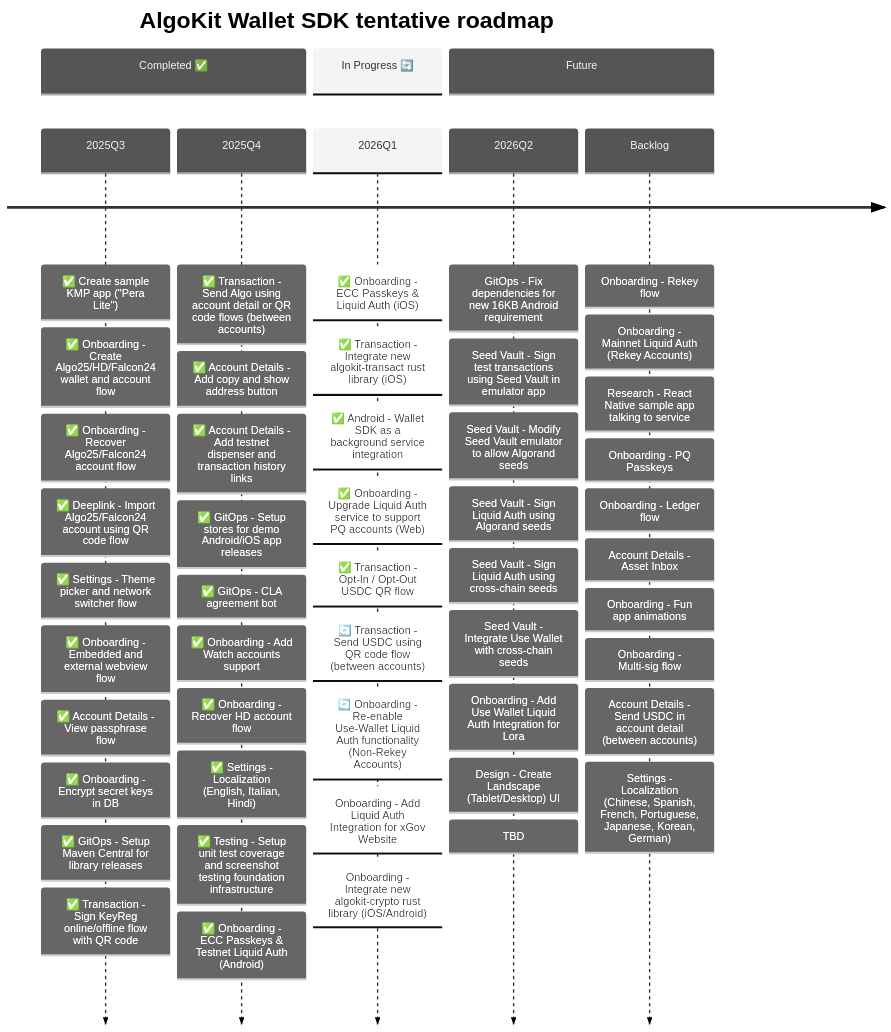
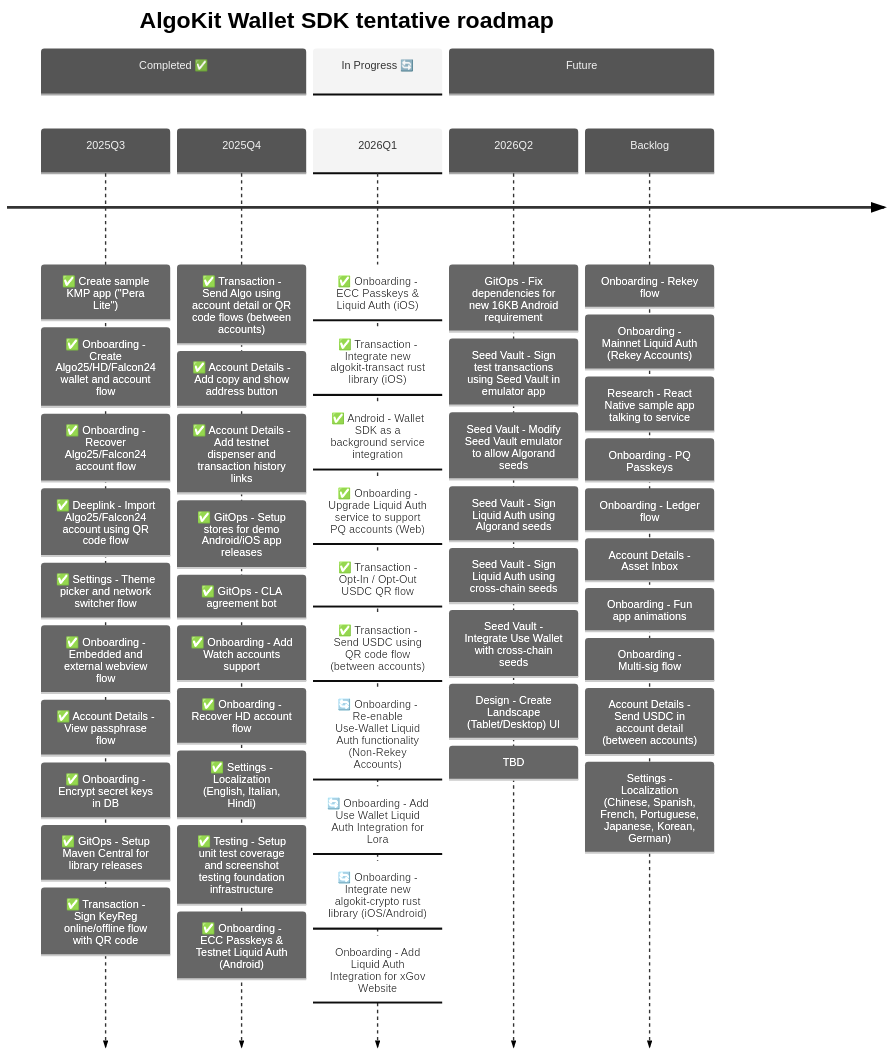
Before and after one commit to michaeltchuangllc/algokit-walletsdk-kmp: the second of 3 diagrams in README.md, drawn with Mermaid. The commit also changed other lines of this file and 13 other files, not shown here.

````diff
--- a/README.md
+++ b/README.md
@@ -69,64 +69,64 @@
 ```mermaid
 ---
 config:
   theme: 'neutral'
 ---
 timeline
     title AlgoKit Wallet SDK tentative roadmap
 
     section Completed ✅
     2025Q3  : ✅ Create sample KMP app ("Pera Lite")
             : ✅ Onboarding - Create Algo25/HD/Falcon24 wallet and account flow
             : ✅ Onboarding - Recover Algo25/Falcon24 account flow
             : ✅ Deeplink - Import Algo25/Falcon24 account using QR code flow
             : ✅ Settings - Theme picker and network switcher flow
             : ✅ Onboarding - Embedded and external webview flow
             : ✅ Account Details - View passphrase flow
             : ✅ Onboarding - Encrypt secret keys in DB
             : ✅ GitOps - Setup Maven Central for library releases
             : ✅ Transaction - Sign KeyReg online/offline flow with QR code
 
     2025Q4  : ✅ Transaction - Send Algo using account detail or QR code flows (between accounts)
             : ✅ Account Details - Add copy and show address button
             : ✅ Account Details - Add testnet dispenser and transaction history links
             : ✅ GitOps - Setup stores for demo Android/iOS app releases
             : ✅ GitOps - CLA agreement bot
             : ✅ Onboarding - Add Watch accounts support
             : ✅ Onboarding - Recover HD account flow
             : ✅ Settings - Localization (English, Italian, Hindi)
             : ✅ Testing - Setup unit test coverage and screenshot testing foundation infrastructure
             : ✅ Onboarding - ECC Passkeys & Testnet Liquid Auth (Android)
 
     section In Progress 🔄
     2026Q1  : ✅ Onboarding - ECC Passkeys & Liquid Auth (iOS)
             : ✅ Transaction - Integrate new algokit-transact rust library (iOS)
             : ✅ Android - Wallet SDK as a background service integration
             : ✅ Onboarding - Upgrade Liquid Auth service to support PQ accounts (Web)
             : ✅ Transaction - Opt-In / Opt-Out USDC QR flow
-            : 🔄 Transaction - Send USDC using QR code flow (between accounts)
+            : ✅ Transaction - Send USDC using QR code flow (between accounts)
             : 🔄 Onboarding - Re-enable Use-Wallet Liquid Auth functionality (Non-Rekey Accounts)
+            : 🔄 Onboarding - Add Use Wallet Liquid Auth Integration for Lora
+            : 🔄 Onboarding - Integrate new algokit-crypto rust library (iOS/Android)
             : Onboarding - Add Liquid Auth Integration for xGov Website
-            : Onboarding - Integrate new algokit-crypto rust library (iOS/Android)
 
     section Future
     2026Q2  : GitOps - Fix dependencies for new 16KB Android requirement
             : Seed Vault - Sign test transactions using Seed Vault in emulator app
             : Seed Vault - Modify Seed Vault emulator to allow Algorand seeds
             : Seed Vault - Sign Liquid Auth using Algorand seeds
             : Seed Vault - Sign Liquid Auth using cross-chain seeds
             : Seed Vault - Integrate Use Wallet with cross-chain seeds
-            : Onboarding - Add Use Wallet Liquid Auth Integration for Lora
             : Design - Create Landscape (Tablet/Desktop) UI
             : TBD
     Backlog
             : Onboarding - Rekey flow
             : Onboarding - Mainnet Liquid Auth (Rekey Accounts)
             : Research - React Native sample app talking to service
             : Onboarding - PQ Passkeys
             : Onboarding - Ledger flow
             : Account Details - Asset Inbox
             : Onboarding - Fun app animations
             : Onboarding - Multi-sig flow
             : Account Details - Send USDC in account detail (between accounts)
             : Settings - Localization (Chinese, Spanish, French, Portuguese, Japanese, Korean, German)
 ```
````
